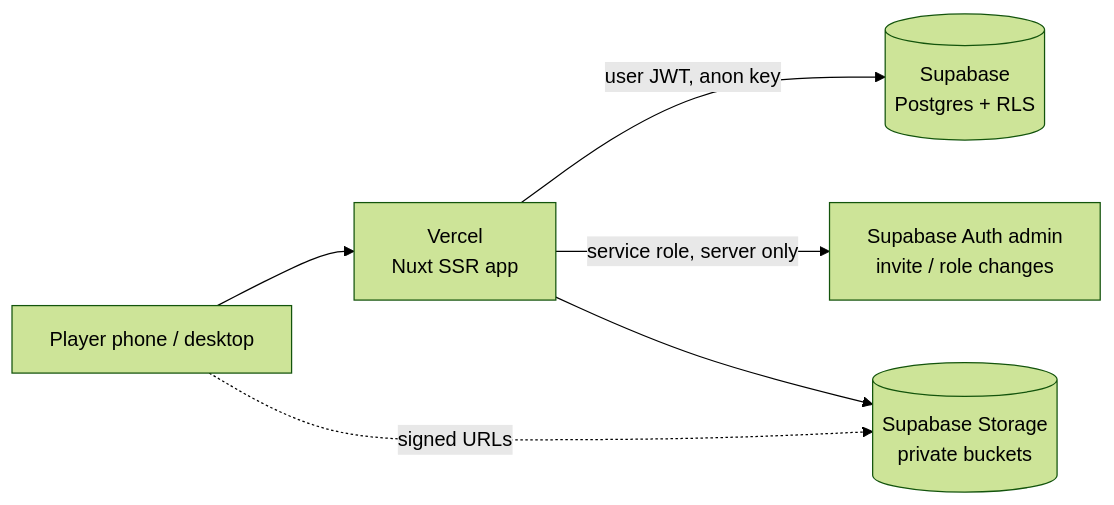
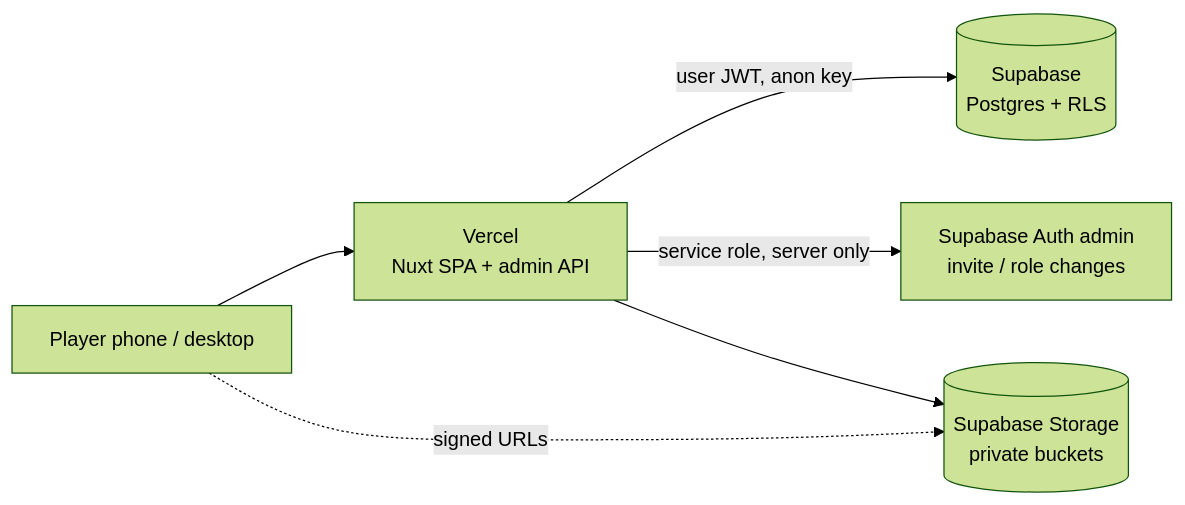
Before and after one commit to caspel26/rall-venezia-fc: the diagram in docs/ARCHITECTURE.md, drawn with Mermaid (forest theme). The commit also changed other lines of this file and 16 other files, not shown here.

````diff
--- a/docs/ARCHITECTURE.md
+++ b/docs/ARCHITECTURE.md
@@ -5,8 +5,8 @@
 ```mermaid
 flowchart LR
-  U[Player phone / desktop] --> V[Vercel<br/>Nuxt SSR app]
+  U[Player phone / desktop] --> V[Vercel<br/>Nuxt SPA + admin API]
   V -->|user JWT, anon key| SB[(Supabase<br/>Postgres + RLS)]
   V -->|service role, server only| SBA[Supabase Auth admin<br/>invite / role changes]
   V --> ST[(Supabase Storage<br/>private buckets)]
   U -.signed URLs.-> ST
 ```
````
